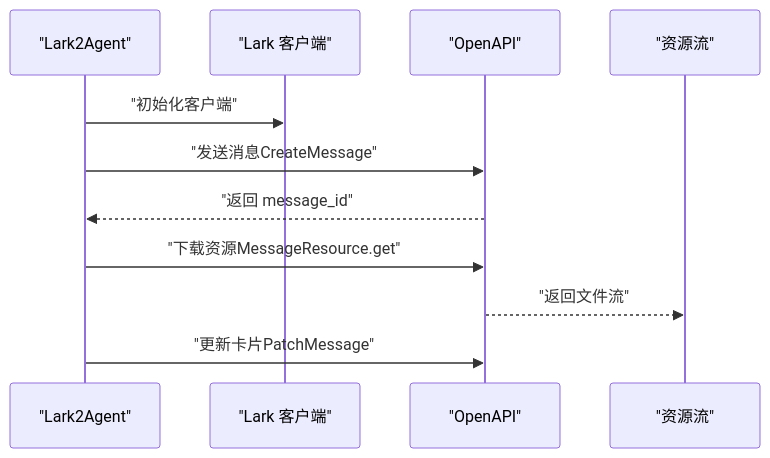
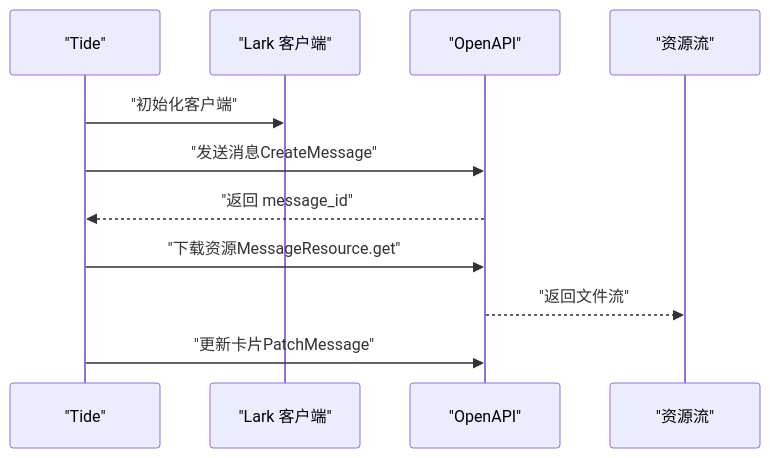
One commit to winditer/tide changed the seventh of 8 diagrams in .qoder/repowiki/zh/content/核心功能详解/Lark 集成.md. Above: the diagram before and after it, drawn with Mermaid. The commit also changed other lines of this file and 260 other files, not shown here.

````diff
--- a/.qoder/repowiki/zh/content/核心功能详解/Lark 集成.md
+++ b/.qoder/repowiki/zh/content/核心功能详解/Lark 集成.md
@@ -245,13 +245,13 @@
 ```mermaid
 sequenceDiagram
-participant App as "Lark2Agent"
+participant App as "Tide"
 participant Client as "Lark 客户端"
 participant API as "OpenAPI"
 participant Res as "资源流"
 App->>Client : "初始化客户端"
 App->>API : "发送消息CreateMessage"
 API-->>App : "返回 message_id"
 App->>API : "下载资源MessageResource.get"
 API-->>Res : "返回文件流"
 App->>API : "更新卡片PatchMessage"
 ```
````
